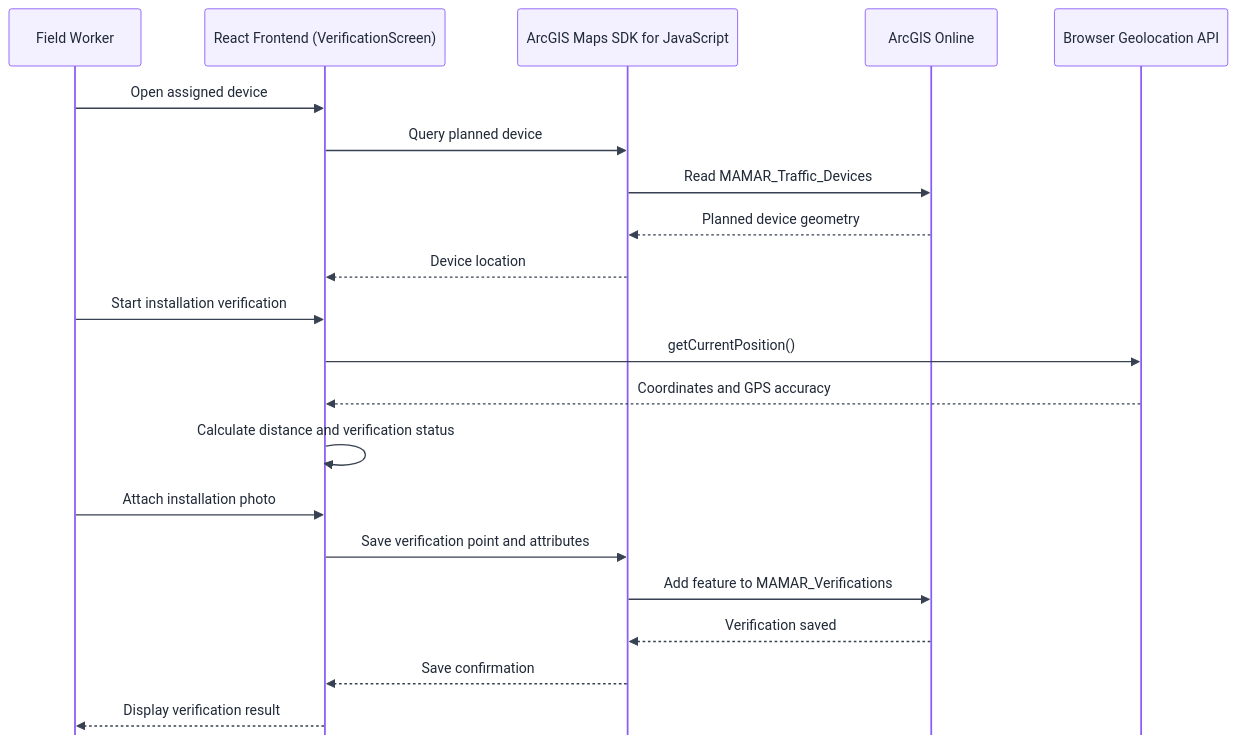
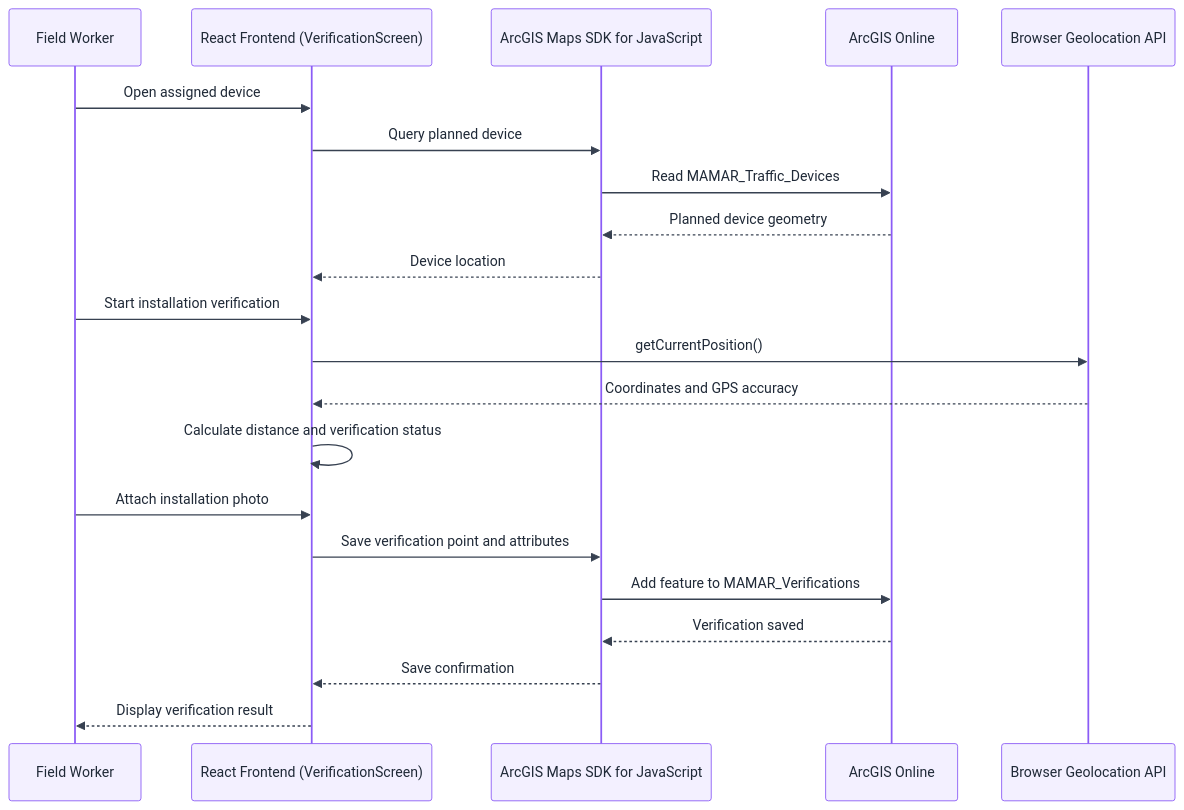
The sixth of 6 diagrams in Stage 3: Technical Documentation/README.md (janaalhazmi/MAMAR), drawn with Mermaid before and after one commit. The commit also changed other lines of this file, not shown here.

Commit message:
Polish and standardize Stage 3 Mermaid diagrams

````diff
--- a/Stage 3: Technical Documentation/README.md
+++ b/Stage 3: Technical Documentation/README.md
@@ -664,24 +660,24 @@
 ```mermaid
-%%{init: {"theme":"base","themeVariables":{"background":"#FFFFFF","primaryColor":"#F3F0FF","primaryTextColor":"#1F2937","primaryBorderColor":"#8B5CF6","lineColor":"#374151","secondaryColor":"#F3F0FF","tertiaryColor":"#FFFFFF","actorBkg":"#F3F0FF","actorBorder":"#8B5CF6","actorTextColor":"#1F2937","signalColor":"#374151","signalTextColor":"#1F2937","labelBoxBkgColor":"#F3F0FF","labelBoxBorderColor":"#8B5CF6","noteBkgColor":"#F3F0FF","noteBorderColor":"#8B5CF6","fontFamily":"Arial, sans-serif","fontSize":"16px"},"sequence":{"actorFontSize":16,"messageFontSize":15,"noteFontSize":15,"actorMargin":65,"messageMargin":35,"mirrorActors":false}}}%%
+%%{init: {"theme": "base", "themeVariables": {"background": "#FFFFFF", "primaryColor": "#F3F0FF", "primaryTextColor": "#1F2937", "primaryBorderColor": "#8B5CF6", "lineColor": "#374151", "secondaryColor": "#F3F0FF", "tertiaryColor": "#FFFFFF", "actorBkg": "#F3F0FF", "actorBorder": "#8B5CF6", "actorTextColor": "#1F2937", "signalColor": "#374151", "signalTextColor": "#1F2937", "labelBoxBkgColor": "#F3F0FF", "labelBoxBorderColor": "#8B5CF6", "noteBkgColor": "#F3F0FF", "noteBorderColor": "#8B5CF6", "fontFamily": "Arial", "fontSize": "14px"}}}%%
 sequenceDiagram
     participant W as Field Worker
     participant R as React Frontend (VerificationScreen)
     participant S as ArcGIS Maps SDK for JavaScript
     participant A as ArcGIS Online
     participant G as Browser Geolocation API
     W->>R: Open assigned device
     R->>S: Query planned device
     S->>A: Read MAMAR_Traffic_Devices
     A-->>S: Planned device geometry
     S-->>R: Device location
     W->>R: Start installation verification
     R->>G: getCurrentPosition()
     G-->>R: Coordinates and GPS accuracy
     R->>R: Calculate distance and verification status
     W->>R: Attach installation photo
     R->>S: Save verification point and attributes
     S->>A: Add feature to MAMAR_Verifications
     A-->>S: Verification saved
     S-->>R: Save confirmation
     R-->>W: Display verification result
 ```
````
